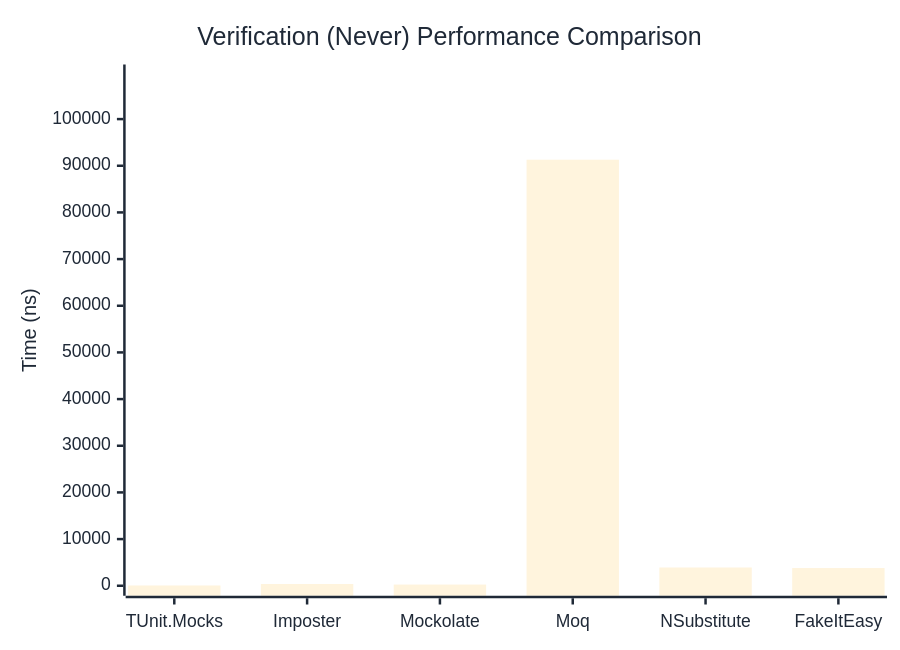
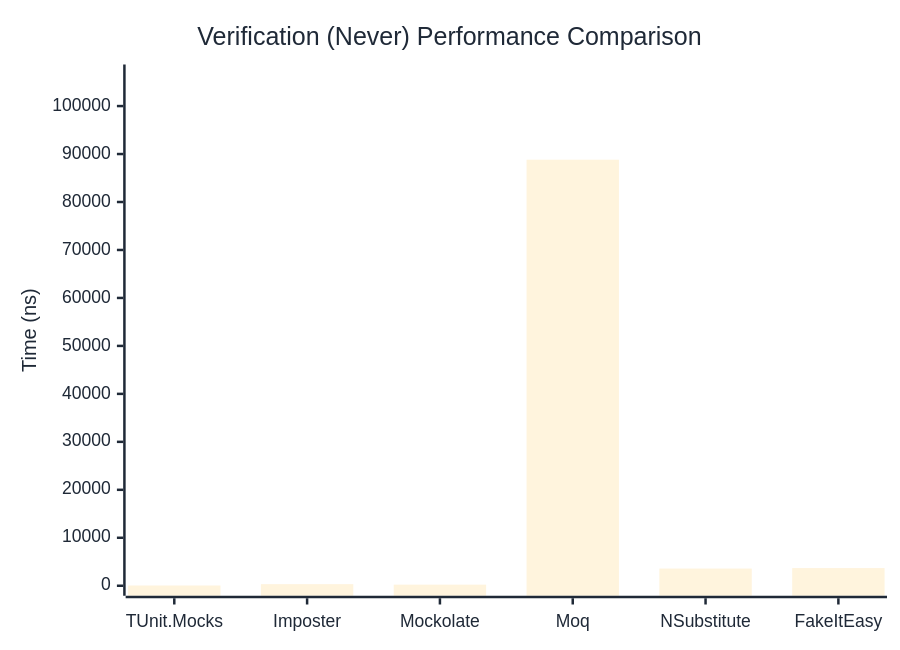
The second of 3 diagrams in docs/docs/benchmarks/mocks/Verification.md (thomhurst/TUnit), drawn with Mermaid before and after one commit. The commit also changed other lines of this file and 14 other files, not shown here.

````diff
--- a/docs/docs/benchmarks/mocks/Verification.md
+++ b/docs/docs/benchmarks/mocks/Verification.md
@@ -71,27 +71,27 @@
 ```mermaid
 %%{init: {
   'theme':'base',
   'themeVariables': {
     'primaryColor': '#2563eb',
     'primaryTextColor': '#1f2937',
     'primaryBorderColor': '#1e40af',
     'lineColor': '#6b7280',
     'secondaryColor': '#7c3aed',
     'tertiaryColor': '#dc2626',
     'background': '#ffffff',
     'pie1': '#2563eb',
     'pie2': '#7c3aed',
     'pie3': '#dc2626',
     'pie4': '#f59e0b',
     'pie5': '#10b981',
     'pie6': '#06b6d4',
     'pie7': '#ec4899',
     'pie8': '#6366f1'
   }
 }}%%
 xychart-beta
   title "Verification (Never) Performance Comparison"
   x-axis ["TUnit.Mocks", "Imposter", "Mockolate", "Moq", "NSubstitute", "FakeItEasy"]
-  y-axis "Time (ns)" 0 --> 109555
-  bar [57.72, 374.86, 256.21, 91295.09, 3910.38, 3795.8]
+  y-axis "Time (ns)" 0 --> 106580
+  bar [52.65, 333.14, 230.34, 88816.24, 3582.35, 3683.45]
 ```
````
